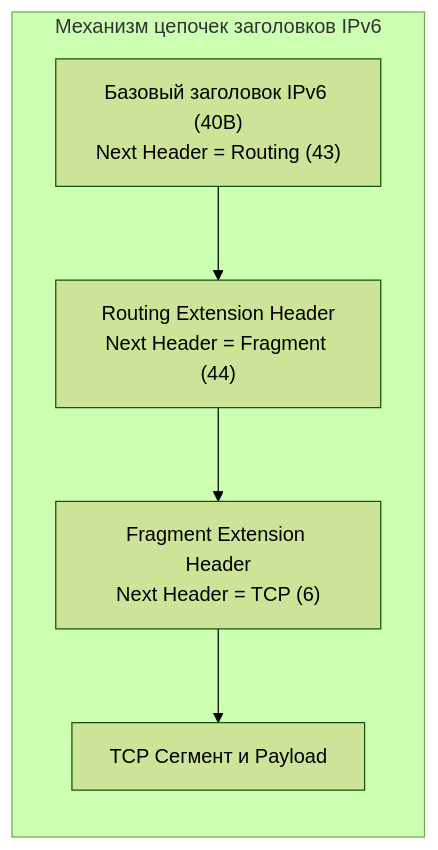
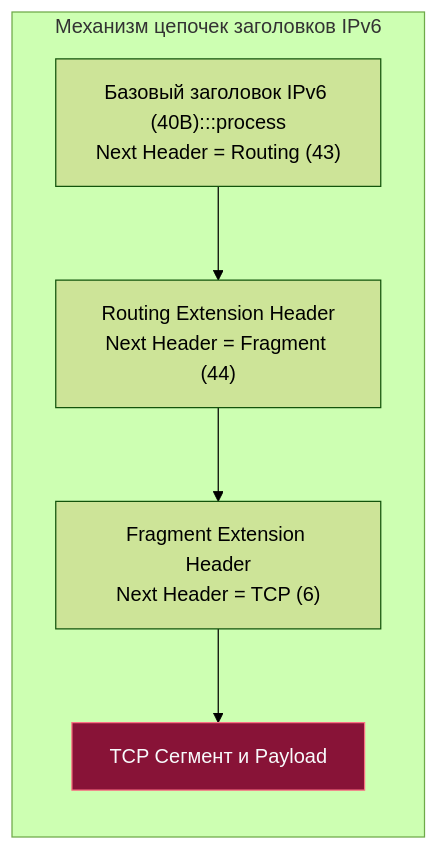
One commit to UnrealTemplier/go-textbook changed the third of 5 diagrams in sources/3. Компьютерные сети и сетевой стек/4. IP. IPv4, IPv6 и устройство сетевого пакета.md. Above: the diagram before and after it, drawn with Mermaid (forest theme). The commit also changed other lines of this file and 1666 other files, not shown here.

First line of the commit message:
feat(mermaid): add semantic color classDef to 1369 colorless flowchart/graph diagrams

````diff
--- a/sources/3. Компьютерные сети и сетевой стек/4. IP. IPv4, IPv6 и устройство сетевого пакета.md
+++ b/sources/3. Компьютерные сети и сетевой стек/4. IP. IPv4, IPv6 и устройство сетевого пакета.md
@@ -108,16 +128,26 @@
 ```mermaid
 flowchart LR
+    classDef process  fill:#1e293b,stroke:#38bdf8,stroke-width:1px,color:#f8fafc
+    classDef success  fill:#064e3b,stroke:#34d399,stroke-width:1px,color:#f8fafc
+    classDef error    fill:#7f1d1d,stroke:#f87171,stroke-width:1px,color:#f8fafc
+    classDef warning  fill:#78350f,stroke:#fbbf24,stroke-width:1px,color:#f8fafc
+    classDef entry    fill:#1e3a5f,stroke:#38bdf8,stroke-width:2px,color:#f8fafc
+    classDef aux      fill:#334155,stroke:#64748b,stroke-width:1px,color:#f8fafc
+    classDef system   fill:#312e81,stroke:#a78bfa,stroke-width:1px,color:#f8fafc
+    classDef data     fill:#132d29,stroke:#2dd4bf,stroke-width:1px,color:#f8fafc
+    classDef network  fill:#881337,stroke:#fb7185,stroke-width:1px,color:#f8fafc
+    classDef accent   fill:#1e1b4b,stroke:#818cf8,stroke-width:1px,color:#f8fafc
     subgraph IPv6Chaining ["Механизм цепочек заголовков IPv6"]
-        BaseHdr["Базовый заголовок IPv6 (40B)
+        BaseHdr["Базовый заголовок IPv6 (40B):::process
 Next Header = Routing (43)"]
         RoutingHdr["Routing Extension Header
 Next Header = Fragment (44)"]
         FragHdr["Fragment Extension Header
 Next Header = TCP (6)"]
-        TCPPayload["TCP Сегмент и Payload"]
+        TCPPayload["TCP Сегмент и Payload"]:::network
     end
 
     BaseHdr --> RoutingHdr
     RoutingHdr --> FragHdr
     FragHdr --> TCPPayload
 ```
````
